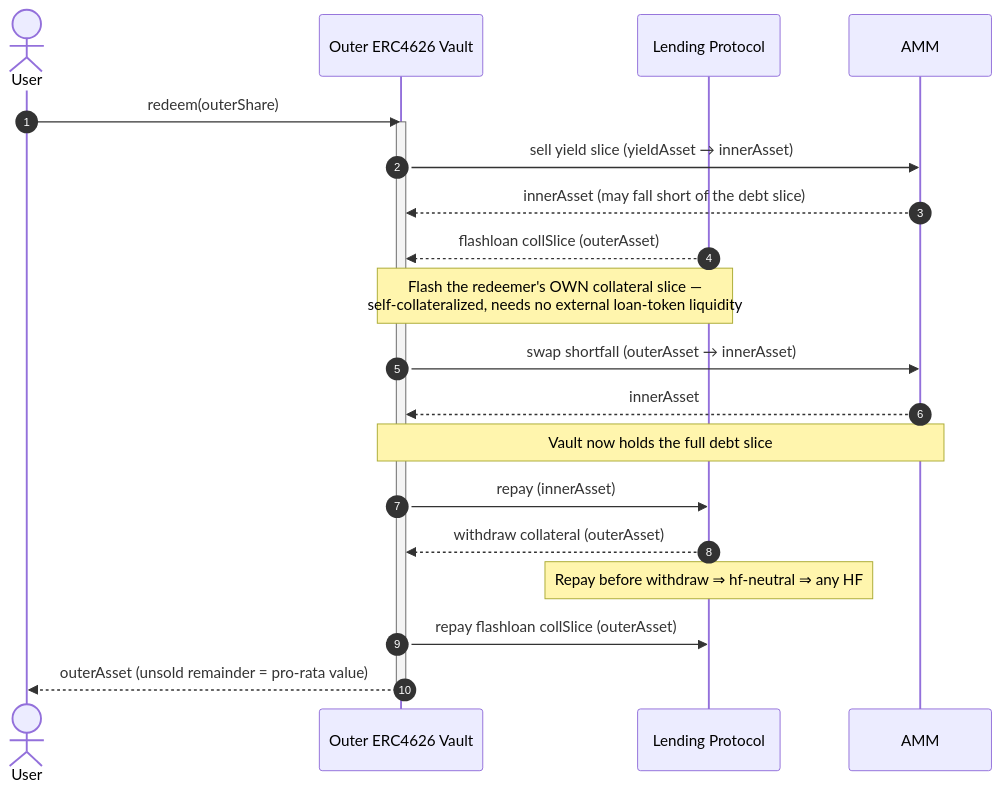
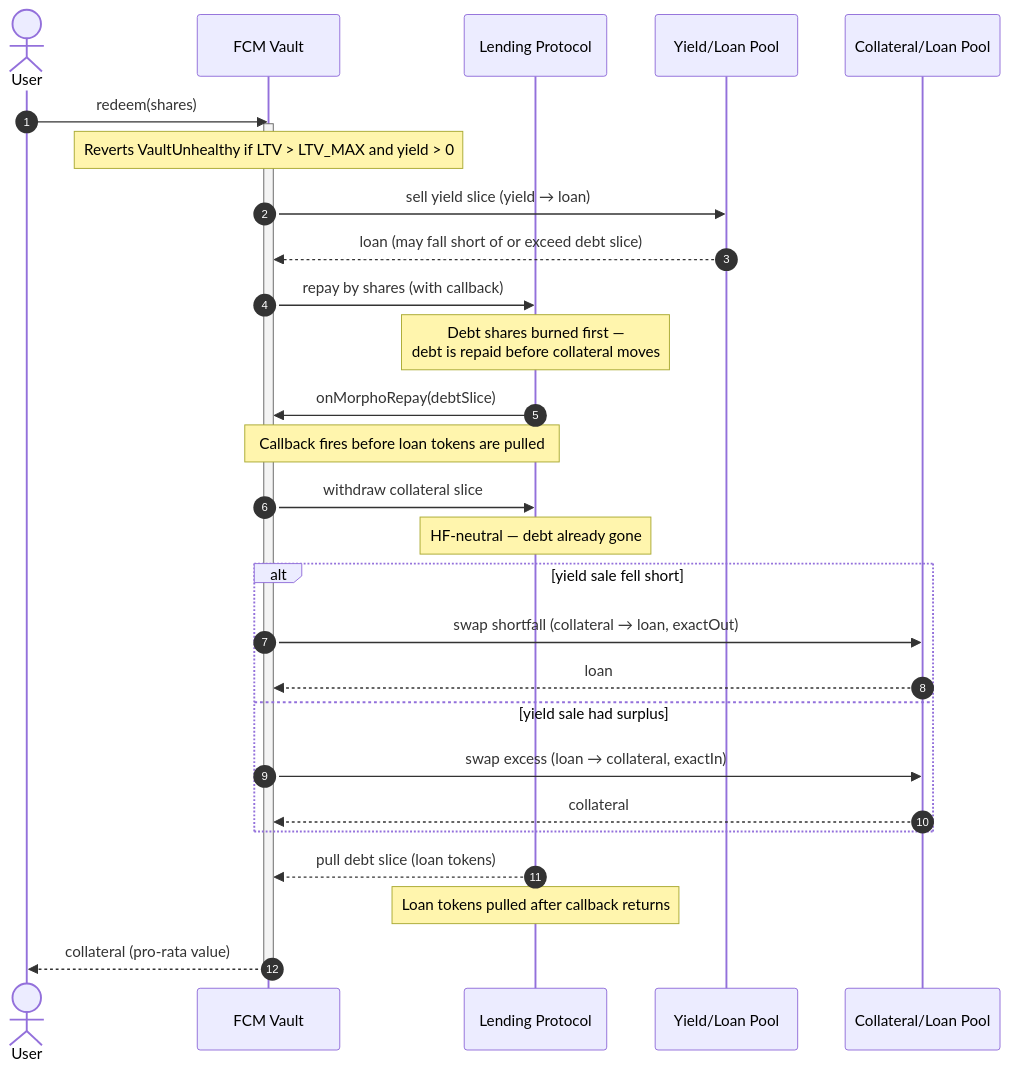
The third of 3 diagrams in docs/architecture.md (onflow/fcm-core), drawn with Mermaid before and after one commit. The commit also changed other lines of this file and 2 other files, not shown here.

````diff
--- a/docs/architecture.md
+++ b/docs/architecture.md
@@ -376,30 +321,39 @@
 ```mermaid
 sequenceDiagram
       autonumber
       actor User
-      participant Outer as Outer ERC4626 Vault
+      participant FCM as FCM Vault
       participant Lender as Lending Protocol
-      participant Dex as AMM
+      participant DexY as Yield/Loan Pool
+      participant DexC as Collateral/Loan Pool
 
-      User->>Outer: redeem(outerShare)
-      activate Outer
+      User->>FCM: redeem(shares)
+      activate FCM
+      Note over FCM: Reverts VaultUnhealthy if LTV > LTV_MAX and yield > 0
 
-      Outer->>Dex: sell yield slice (yieldAsset → innerAsset)
-      Dex-->>Outer: innerAsset (may fall short of the debt slice)
+      FCM->>DexY: sell yield slice (yield → loan)
+      DexY-->>FCM: loan (may fall short of or exceed debt slice)
 
-      Lender-->>Outer: flashloan collSlice (outerAsset)
-      Note over Outer,Lender: Flash the redeemer's OWN collateral slice —<br/>self-collateralized, needs no external loan-token liquidity
+      FCM->>Lender: repay by shares (with callback)
+      Note over Lender: Debt shares burned first —<br/>debt is repaid before collateral moves
 
-      Outer->>Dex: swap shortfall (outerAsset → innerAsset)
-      Dex-->>Outer: innerAsset
-      Note over Outer,Dex: Vault now holds the full debt slice
+      Lender->>FCM: onMorphoRepay(debtSlice)
+      Note over FCM,Lender: Callback fires before loan tokens are pulled
 
-      Outer->>Lender: repay (innerAsset)
-      Lender-->>Outer: withdraw collateral (outerAsset)
-      Note over Lender: Repay before withdraw ⇒ hf-neutral ⇒ any HF
+      FCM->>Lender: withdraw collateral slice
+      Note over Lender: HF-neutral — debt already gone
 
-      Outer->>Lender: repay flashloan collSlice (outerAsset)
+      alt yield sale fell short
+            FCM->>DexC: swap shortfall (collateral → loan, exactOut)
+            DexC-->>FCM: loan
+      else yield sale had surplus
+            FCM->>DexC: swap excess (loan → collateral, exactIn)
+            DexC-->>FCM: collateral
+      end
 
-      Outer-->>User: outerAsset (unsold remainder = pro-rata value)
-      deactivate Outer
+      Lender-->>FCM: pull debt slice (loan tokens)
+      Note over Lender: Loan tokens pulled after callback returns
+
+      FCM-->>User: collateral (pro-rata value)
+      deactivate FCM
 ```
````
